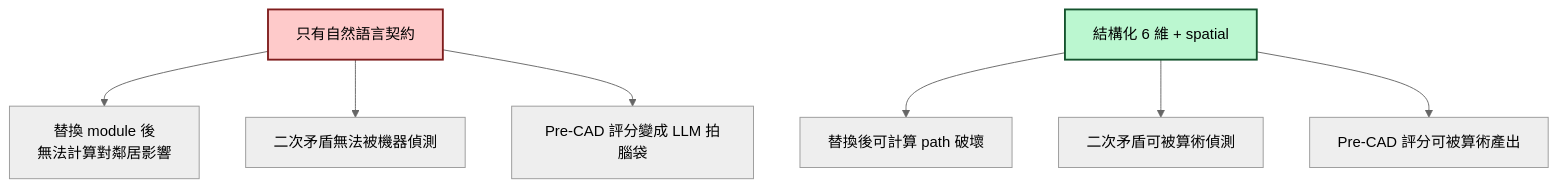
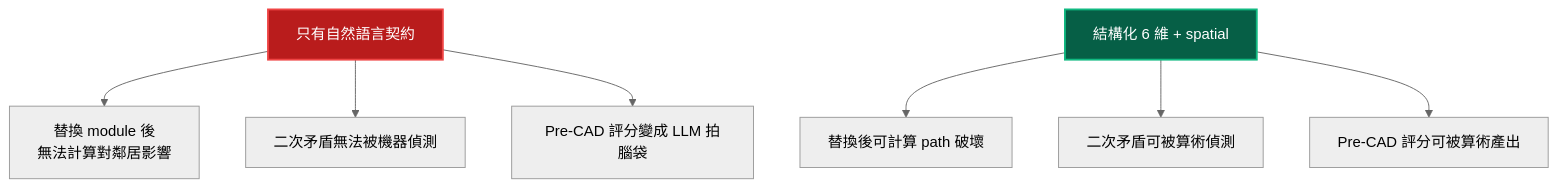
Diagram 23 of 26 in docs/01-define/diagrams/appendix-a--forward-subsystem-discovery.md (Zenobia0000/RD_copilot_system), drawn with Mermaid before and after one commit. The commit also changed other lines of this file and 10 other files, not shown here.

First line of the commit message:
docs(diagrams): Gate 審計修復 + diagrams 缺失補齊 + Mermaid 暗色配色

````diff
--- a/docs/01-define/diagrams/appendix-a--forward-subsystem-discovery.md
+++ b/docs/01-define/diagrams/appendix-a--forward-subsystem-discovery.md
@@ -1015,14 +1015,14 @@
 ```mermaid
 %%{init: {'theme': 'neutral'}}%%
 graph TB
     Bad[只有自然語言契約] --> B1[替換 module 後<br/>無法計算對鄰居影響]
     Bad --> B2[二次矛盾無法被機器偵測]
     Bad --> B3[Pre-CAD 評分變成 LLM 拍腦袋]
 
     Good[結構化 6 維 + spatial] --> G1[替換後可計算 path 破壞]
     Good --> G2[二次矛盾可被算術偵測]
     Good --> G3[Pre-CAD 評分可被算術產出]
 
-    style Bad fill:#fecaca,stroke:#7f1d1d,stroke-width:2px,color:#000
-    style Good fill:#bbf7d0,stroke:#14532d,stroke-width:2px,color:#000
+    style Bad fill:#B91C1C,color:#fff,stroke:#EF4444,stroke-width:2px
+    style Good fill:#065F46,color:#fff,stroke:#10B981,stroke-width:2px
 ```
````
